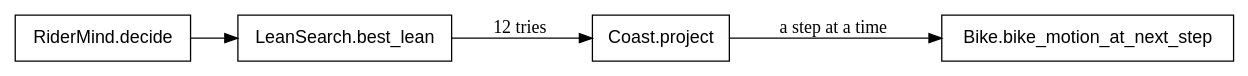
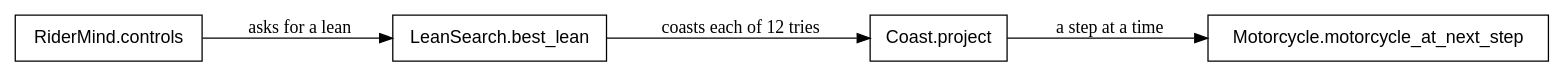
One commit to showell/roc-apps changed diagram 25 of 30 in canvas_apps/safari/tutorial/tutorial.md. Above: the diagram before and after it, drawn with Graphviz. The commit also changed other lines of this file, not shown here.

Commit message:
tutorial: Rehearsal, accuracy round 1: Motorcycle, RiderMind.controls, coast_keeping, step 374

````diff
--- a/canvas_apps/safari/tutorial/tutorial.md
+++ b/canvas_apps/safari/tutorial/tutorial.md
@@ -2422,13 +2422,13 @@
 ```dot
 digraph rehearsal {
   rankdir=LR;
   node [shape=box, fontname="Helvetica"];
-  decide [label="RiderMind.decide"];
+  controls [label="RiderMind.controls"];
   best [label="LeanSearch.best_lean"];
   project [label="Coast.project"];
-  advance [label="Bike.bike_motion_at_next_step"];
-  decide -> best;
-  best -> project [label="  12 tries  "];
-  project -> advance [label="  a step at a time  "];
+  advance [label="Motorcycle.motorcycle_at_next_step"];
+  controls -> best [label="  asks for a lean"];
+  best -> project [label="  coasts each of 12 tries"];
+  project -> advance [label="  a step at a time"];
 }
 ```
````
